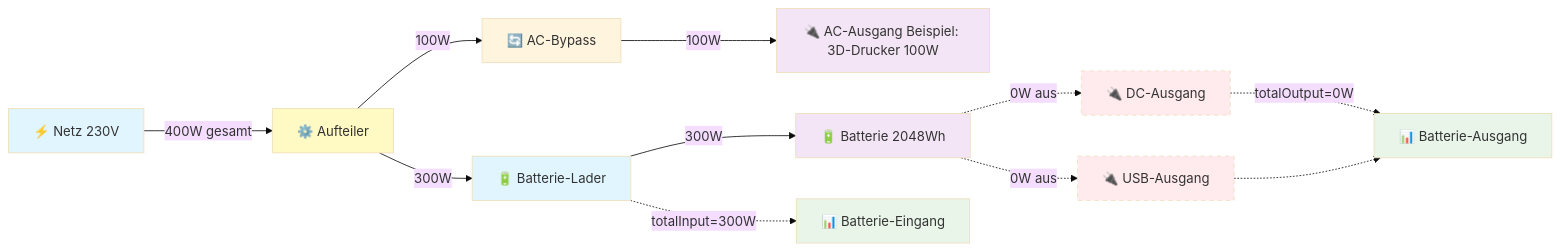
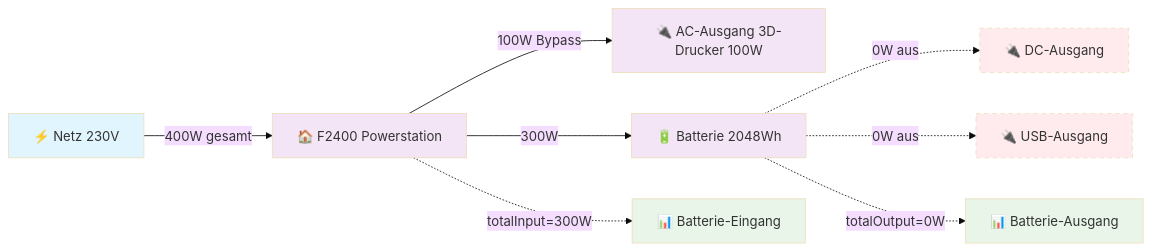
The first of 4 diagrams in README.md (tkaufmann/fossibot-ipsymcon), drawn with Mermaid (base theme) before and after one commit. The commit also changed other lines of this file, not shown here.

First line of the commit message:
Vereinfache Batterie-Diagramme - entferne verwirrende Komponenten

````diff
--- a/README.md
+++ b/README.md
@@ -148,32 +148,25 @@
 ```mermaid
 flowchart LR
-    AC[⚡ Netz 230V] -->|400W gesamt| Split[⚙️ Aufteiler]
+    AC[⚡ Netz 230V] -->|400W gesamt| F2400[🏠 F2400 Powerstation]
     
-    Split -->|100W| Bypass[🔄 AC-Bypass]
-    Split -->|300W| Charger[🔋 Batterie-Lader]
-    
-    Bypass -->|100W| ACOut[🔌 AC-Ausgang Beispiel: 3D-Drucker 100W]
-    
-    Charger -->|300W| Battery[🔋 Batterie 2048Wh]
+    F2400 -->|100W Bypass| ACOut[🔌 AC-Ausgang 3D-Drucker 100W]
+    F2400 -->|300W| Battery[🔋 Batterie 2048Wh]
     
     Battery -.->|0W aus| DCOut[🔌 DC-Ausgang]
     Battery -.->|0W aus| USBOut[🔌 USB-Ausgang]
     
-    %% MQTT Register Mapping
-    Charger -.->|totalInput=300W| MQTT1[📊 Batterie-Eingang]
-    DCOut -.->|totalOutput=0W| MQTT2[📊 Batterie-Ausgang]
-    USBOut -.-> MQTT2
+    %% MQTT Messwerte
+    F2400 -.->|totalInput=300W| MQTT1[📊 Batterie-Eingang]
+    Battery -.->|totalOutput=0W| MQTT2[📊 Batterie-Ausgang]
     
     %% Styling
     classDef power fill:#e1f5fe
     classDef device fill:#f3e5f5
     classDef mqtt fill:#e8f5e8
     classDef off fill:#ffebee,stroke-dasharray: 5 5
-    classDef control fill:#fff9c4
     
-    class AC,Charger power
-    class ACOut,DCOut,USBOut,Battery device
+    class AC power
+    class F2400,ACOut,DCOut,USBOut,Battery device
     class MQTT1,MQTT2 mqtt
     class DCOut,USBOut off
-    class Split control
 ```
````
